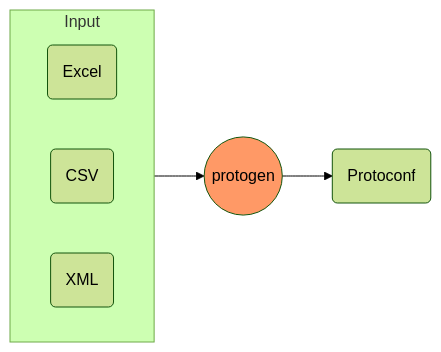
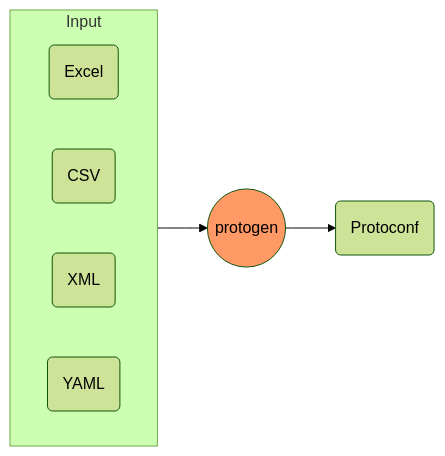
Before and after one commit to tableauio/tableauio.github.io: the first of 2 diagrams in content/en/docs/prologue/introduction.md, drawn with Mermaid (forest theme). The commit also changed other lines of this file and 20 other files, not shown here.

````diff
--- a/content/en/docs/prologue/introduction.md
+++ b/content/en/docs/prologue/introduction.md
@@ -23,12 +23,13 @@
 ```mermaid
 flowchart LR
   subgraph Input
     direction RL
     I1(Excel)
     I2(CSV)
     I3(XML)
+    I4(YAML)
   end
   Input --> B
   B((protogen)):::orangecalss --> C(Protoconf)
   classDef orangecalss fill:#f96;
 ```
````
